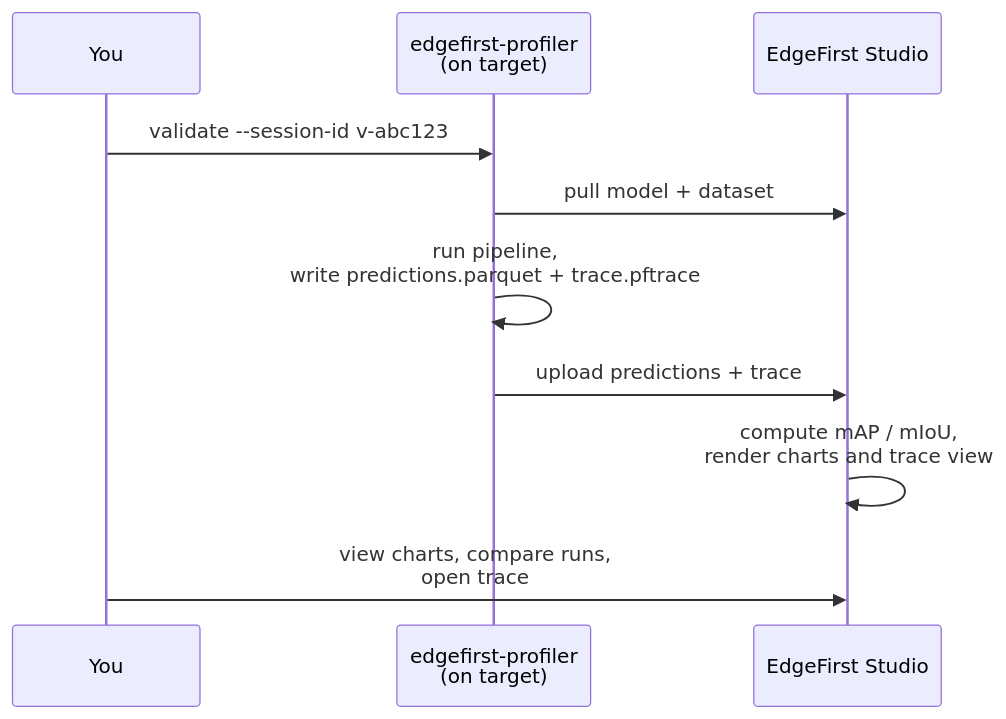
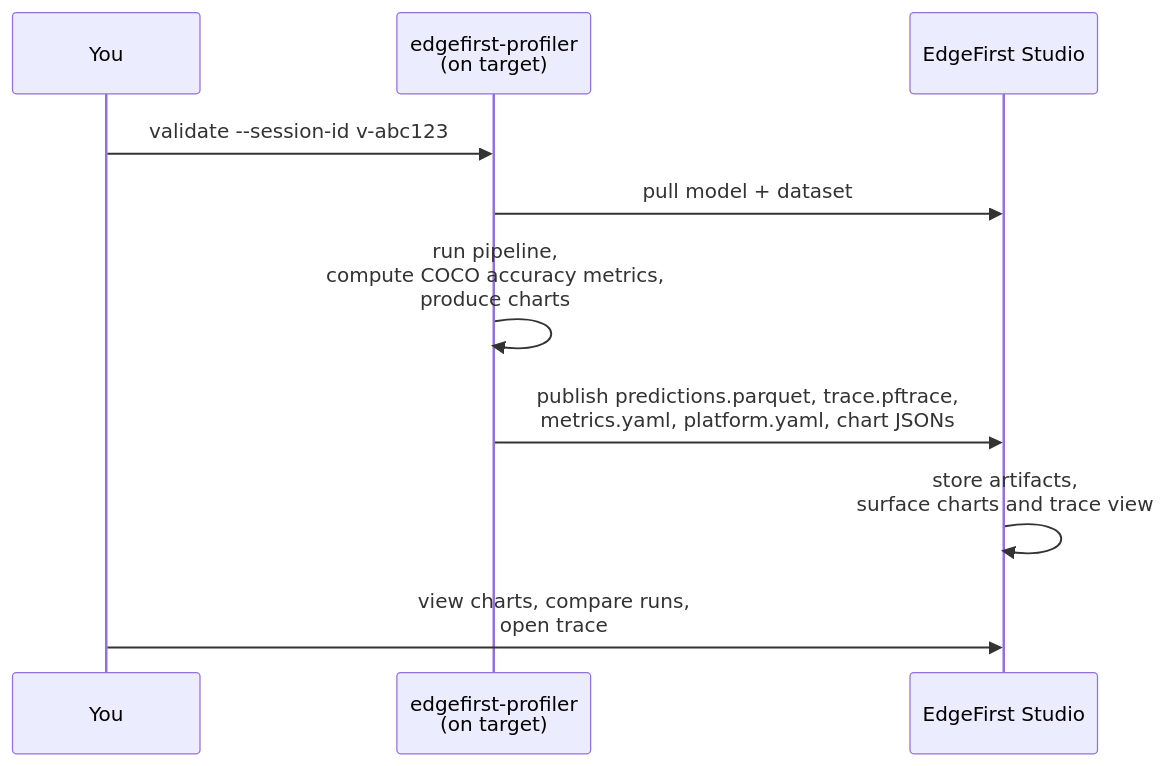
The diagram in docs/profiler/studio/index.md (EdgeFirstAI/documentation), drawn with Mermaid before and after one commit. The commit also changed other lines of this file and 23 other files, not shown here.

````diff
--- a/docs/profiler/studio/index.md
+++ b/docs/profiler/studio/index.md
@@ -18,13 +19,13 @@
 ```mermaid
 sequenceDiagram
     participant Dev as You
     participant Pro as edgefirst-profiler<br/>(on target)
     participant St as EdgeFirst Studio
 
     Dev->>Pro: validate --session-id v-abc123
     Pro->>St: pull model + dataset
-    Pro->>Pro: run pipeline,<br/>write predictions.parquet + trace.pftrace
-    Pro->>St: upload predictions + trace
-    St->>St: compute mAP / mIoU,<br/>render charts and trace view
+    Pro->>Pro: run pipeline,<br/>compute COCO accuracy metrics,<br/>produce charts
+    Pro->>St: publish predictions.parquet, trace.pftrace,<br/>metrics.yaml, platform.yaml, chart JSONs
+    St->>St: store artifacts,<br/>surface charts and trace view
     Dev->>St: view charts, compare runs,<br/>open trace
 ```
````
